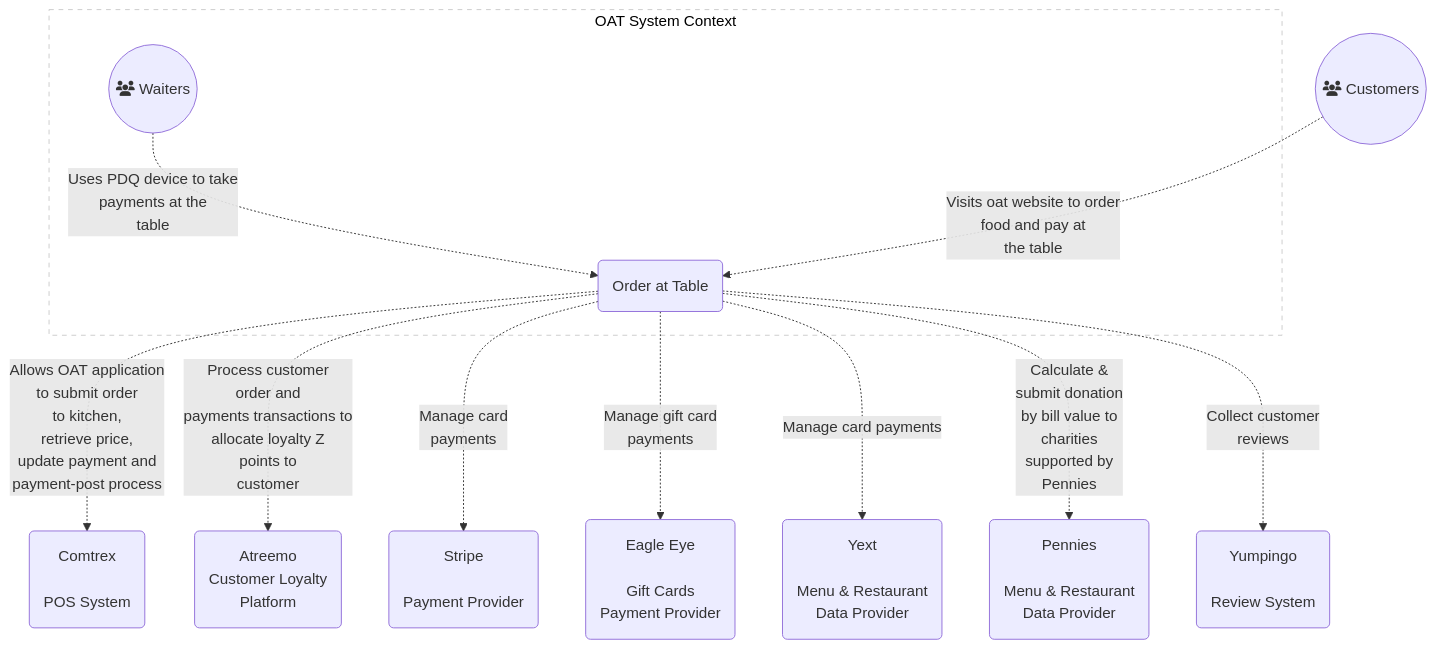
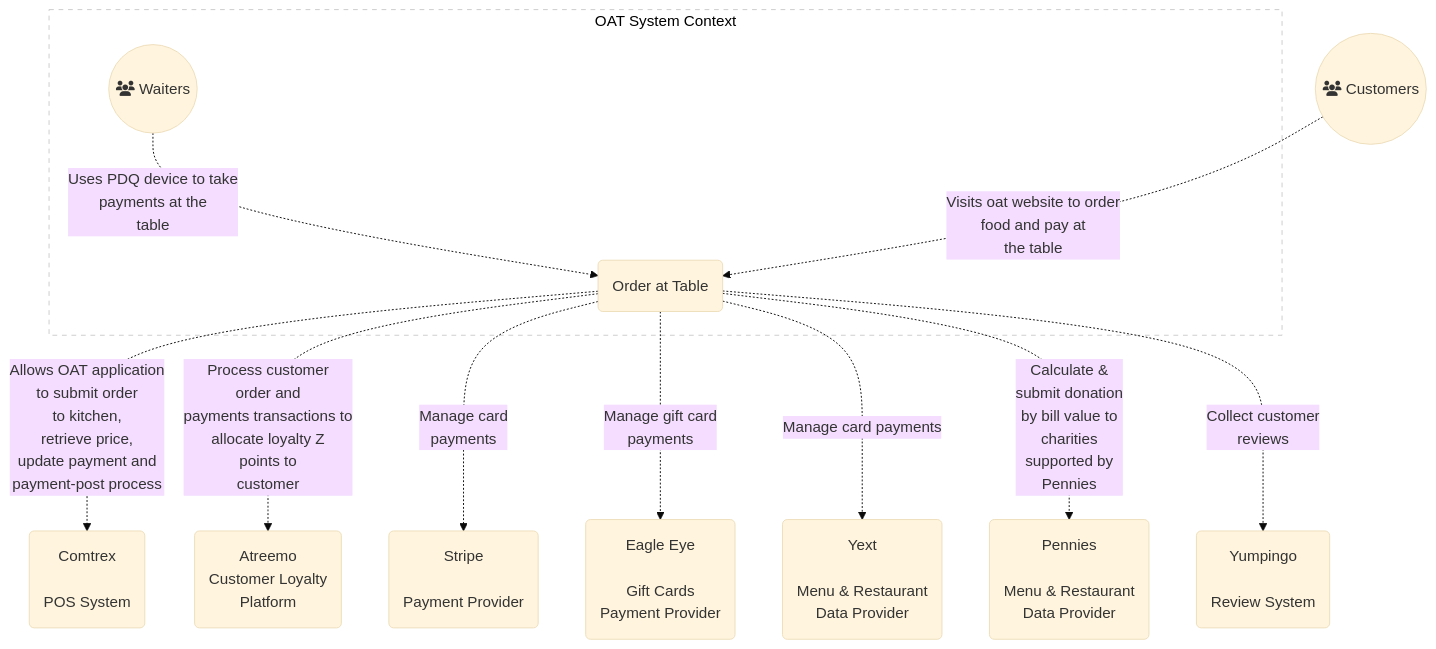
The first of 5 diagrams in README.md (anandakumarpalanisamy/css-recipes), drawn with Mermaid before and after one commit.

````diff
--- a/README.md
+++ b/README.md
@@ -3,18 +3,18 @@
 ```mermaid
-%%{init: {'theme':'base'}%%
+%%{init: {'theme':'base'}}%%
 graph TB
     subgraph SystemContext [OAT System Context]
     style SystemContext fill:#fff,stroke:#ccc,stroke-width:1px,color:#000,stroke-dasharray: 5 5
     Waiter((fa:fa-users Waiters)) -. "Uses PDQ device to take<br/>payments at the<br/>table" .-> OAT(Order at Table)
     end
 
     Customer((fa:fa-users Customers)) -. "Visits oat website to order<br/>food and pay at<br/> the table" .-> OAT(Order at Table)
     OAT(Order at Table) -. "Allows OAT application<br/> to submit order<br/> to kitchen,<br/> retrieve price,<br/> update payment and<br/> payment-post process" .-> Comtrex(Comtrex<br/></br/>POS System )
     OAT(Order at Table) -. "Process customer<br/> order and<br/> payments transactions to<br/> allocate loyalty Z<br/> points to<br/> customer" .-> Atreemo(Atreemo <br/> Customer Loyalty <br/> Platform)
     OAT(Order at Table) -. "Manage card<br/> payments" .-> Stripe(Stripe <br/><br/> Payment Provider)
     OAT(Order at Table) -. "Manage gift card<br/> payments" .-> EagleEye(Eagle Eye <br/><br/> Gift Cards<br/> Payment Provider)
     OAT(Order at Table) -. "Manage card payments" .-> Yext(Yext <br/><br/> Menu & Restaurant<br> Data Provider)
     OAT(Order at Table) -. "Calculate &<br/> submit donation<br/> by bill value to<br/> charities<br/> supported by<br/> Pennies" .-> Pennies(Pennies <br/><br/> Menu & Restaurant<br> Data Provider)
     OAT(Order at Table) -. "Collect customer<br/> reviews" .-> Yumpingo(Yumpingo <br/><br/> Review System)
     
 ```
````
